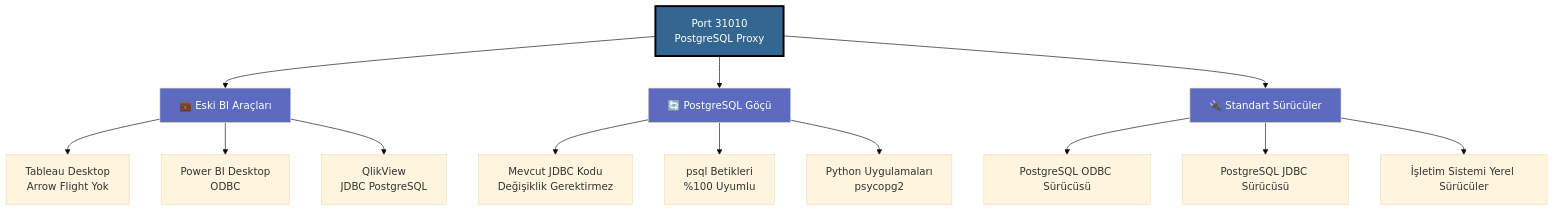
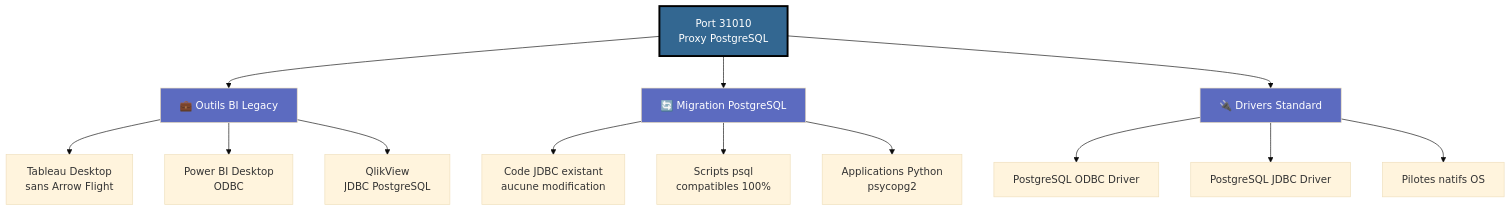
The sixth of 9 diagrams in docs/i18n/tr/architecture/dremio-ports-visual.md (Monsau/Talentys-OSS-Data-Platform), drawn with Mermaid (base theme) before and after one commit. The commit also changed other lines of this file and 485 other files, not shown here.

First line of the commit message:
feat: v1.1.0 - Complete i18n roadmap, AI services, and data platform

````diff
--- a/docs/i18n/tr/architecture/dremio-ports-visual.md
+++ b/docs/i18n/tr/architecture/dremio-ports-visual.md
@@ -194,25 +194,25 @@
 ```mermaid
 graph TB
-    A[Port 31010<br/>PostgreSQL Proxy]
+    A[Port 31010<br/>Proxy PostgreSQL]
     
-    A --> B1[💼 Eski BI Araçları]
-    A --> B2[🔄 PostgreSQL Göçü]
-    A --> B3[🔌 Standart Sürücüler]
+    A --> B1[💼 Outils BI Legacy]
+    A --> B2[🔄 Migration PostgreSQL]
+    A --> B3[🔌 Drivers Standard]
     
-    B1 --> C1[Tableau Desktop<br/>Arrow Flight Yok]
+    B1 --> C1[Tableau Desktop<br/>sans Arrow Flight]
     B1 --> C2[Power BI Desktop<br/>ODBC]
     B1 --> C3[QlikView<br/>JDBC PostgreSQL]
     
-    B2 --> D1[Mevcut JDBC Kodu<br/>Değişiklik Gerektirmez]
-    B2 --> D2[psql Betikleri<br/>%100 Uyumlu]
-    B2 --> D3[Python Uygulamaları<br/>psycopg2]
+    B2 --> D1[Code JDBC existant<br/>aucune modification]
+    B2 --> D2[Scripts psql<br/>compatibles 100%]
+    B2 --> D3[Applications Python<br/>psycopg2]
     
-    B3 --> E1[PostgreSQL ODBC Sürücüsü]
-    B3 --> E2[PostgreSQL JDBC Sürücüsü]
-    B3 --> E3[İşletim Sistemi Yerel Sürücüler]
+    B3 --> E1[PostgreSQL ODBC Driver]
+    B3 --> E2[PostgreSQL JDBC Driver]
+    B3 --> E3[Pilotes natifs OS]
     
     style A fill:#336791,color:#fff,stroke:#000,stroke-width:3px
     style B1 fill:#5C6BC0,color:#fff
     style B2 fill:#5C6BC0,color:#fff
     style B3 fill:#5C6BC0,color:#fff
 ```
````
